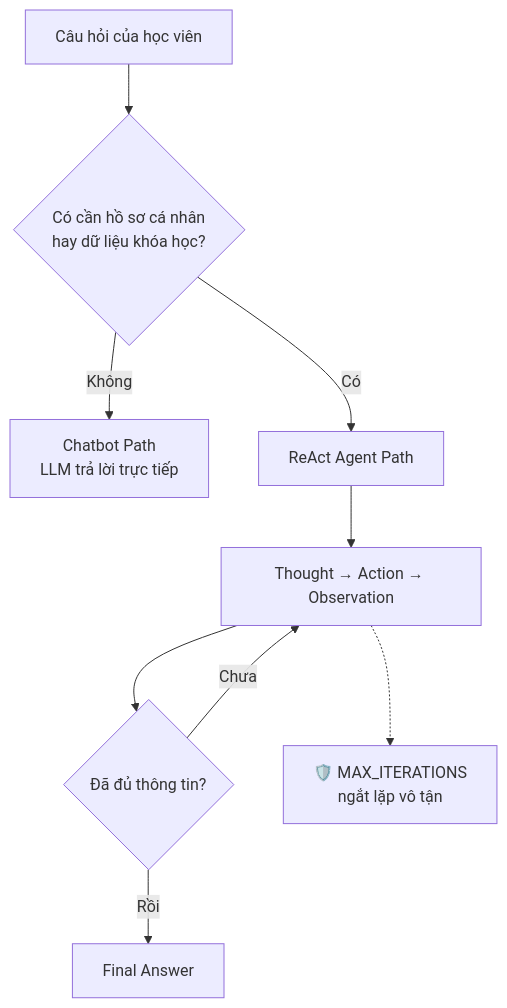
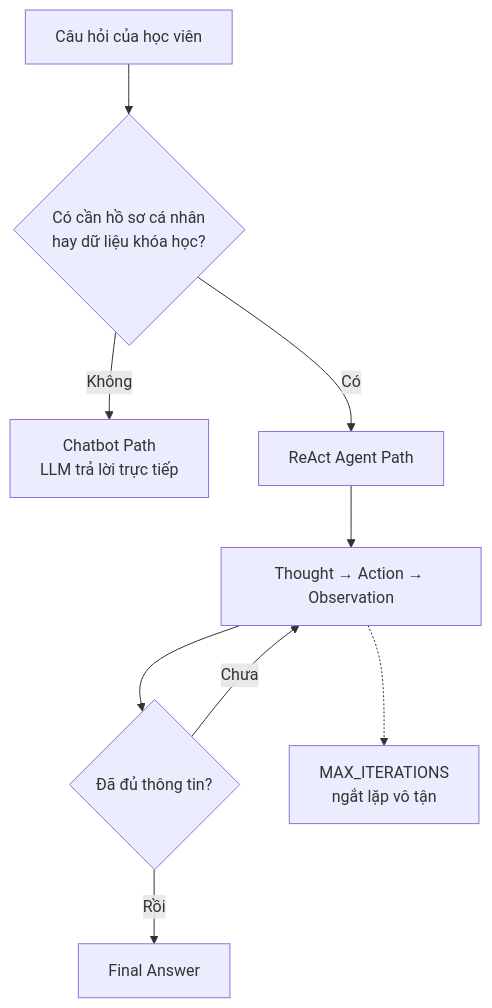
The diagram in docs/hybrid_flowchart.mermaid (huylq-at-work/Day03-2A202601821-LeQuangHuy), drawn with Mermaid before and after one commit. The commit also changed 21 other files, not shown here.

```diff
--- a/docs/hybrid_flowchart.mermaid
+++ b/docs/hybrid_flowchart.mermaid
@@ -1,9 +1,9 @@
 flowchart TD
     A[Câu hỏi của học viên] --> B{Có cần hồ sơ cá nhân<br/>hay dữ liệu khóa học?}
     B -- Không --> C[Chatbot Path<br/>LLM trả lời trực tiếp]
     B -- Có --> D[ReAct Agent Path]
     D --> E[Thought → Action → Observation]
     E --> F{Đã đủ thông tin?}
     F -- Chưa --> E
     F -- Rồi --> G[Final Answer]
-    E -.-> H[🛡️ MAX_ITERATIONS<br/>ngắt lặp vô tận]
+    E -.-> H[MAX_ITERATIONS<br/>ngắt lặp vô tận]
```
